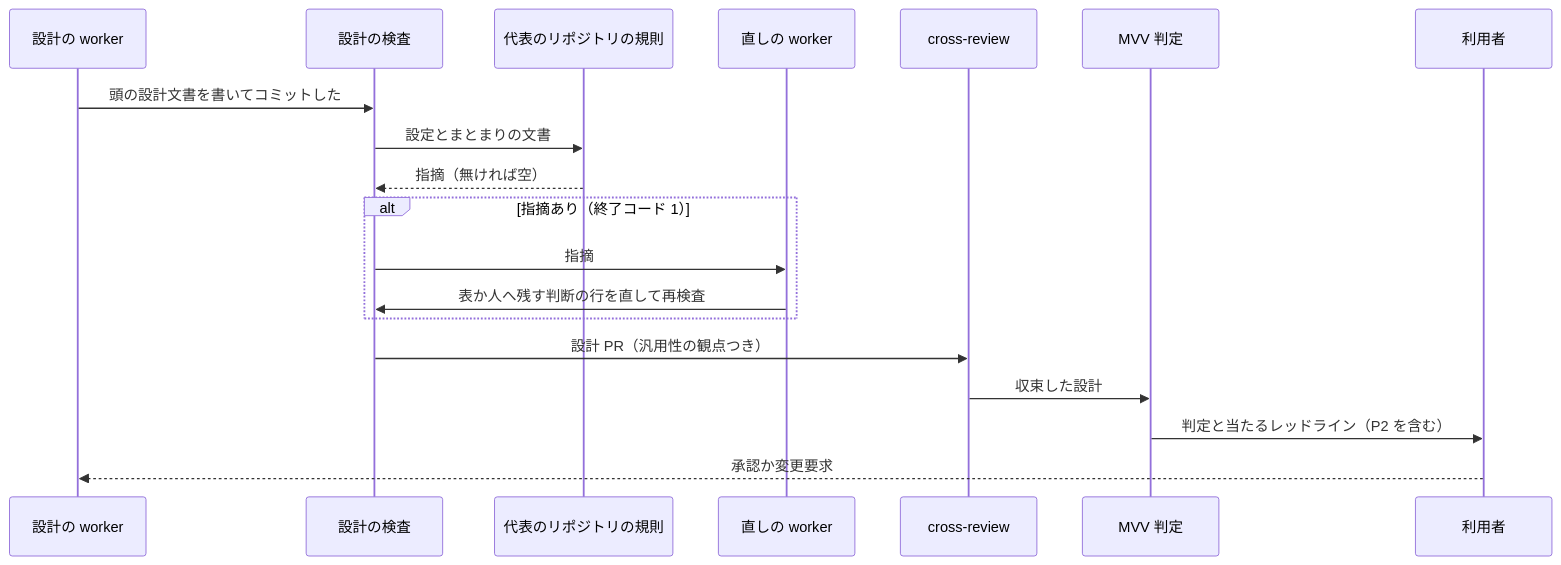
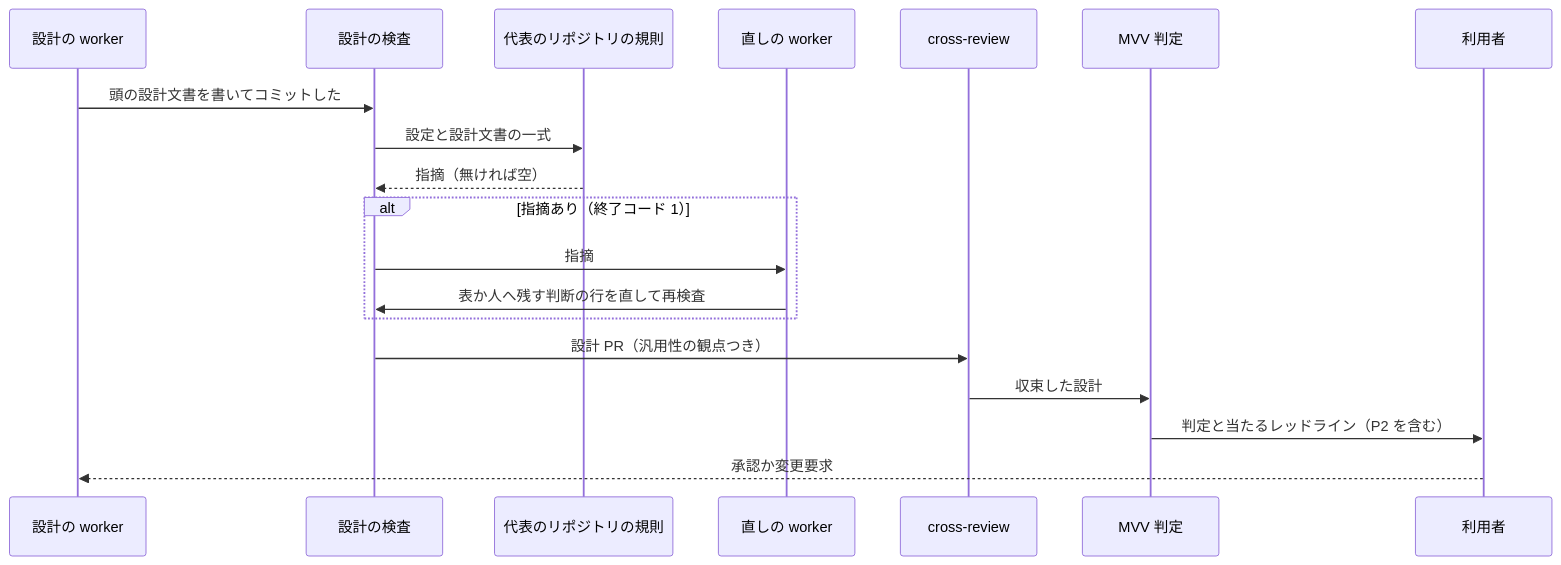
Before and after one commit to devbasex/ai-plugins: the second of 2 diagrams in issues/issue-3618-design.md, drawn with Mermaid. The commit also changed other lines of this file and 2 other files, not shown here.

````diff
--- a/issues/issue-3618-design.md
+++ b/issues/issue-3618-design.md
@@ -302,21 +302,21 @@
 ```mermaid
 sequenceDiagram
   participant W as 設計の worker
   participant S as 設計の検査
   participant R as 代表のリポジトリの規則
   participant F as 直しの worker
   participant X as cross-review
   participant M as MVV 判定
   participant H as 利用者
   W->>S: 頭の設計文書を書いてコミットした
-  S->>R: 設定とまとまりの文書
+  S->>R: 設定と設計文書の一式
   R-->>S: 指摘（無ければ空）
   alt 指摘あり（終了コード 1）
     S->>F: 指摘
     F->>S: 表か人へ残す判断の行を直して再検査
   end
   S->>X: 設計 PR（汎用性の観点つき）
   X->>M: 収束した設計
   M->>H: 判定と当たるレッドライン（P2 を含む）
   H-->>W: 承認か変更要求
 ```
````
